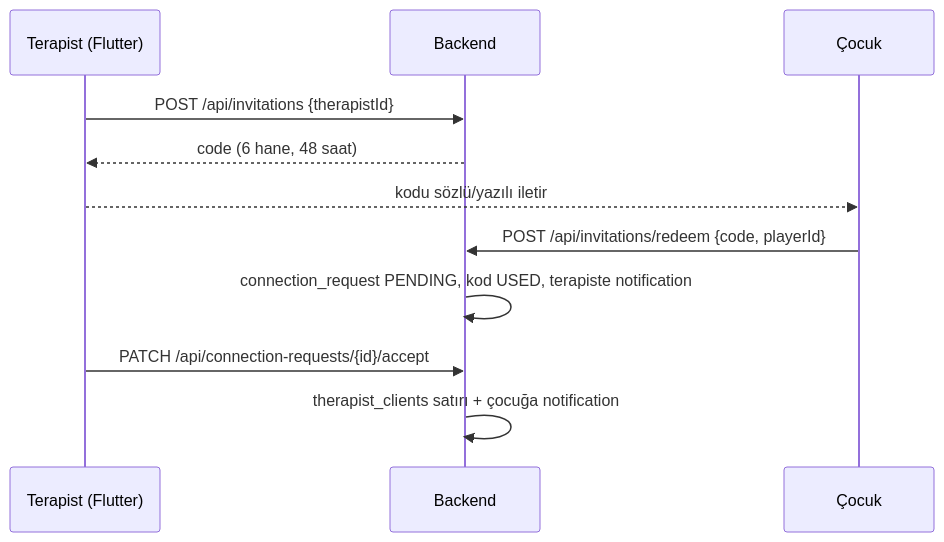
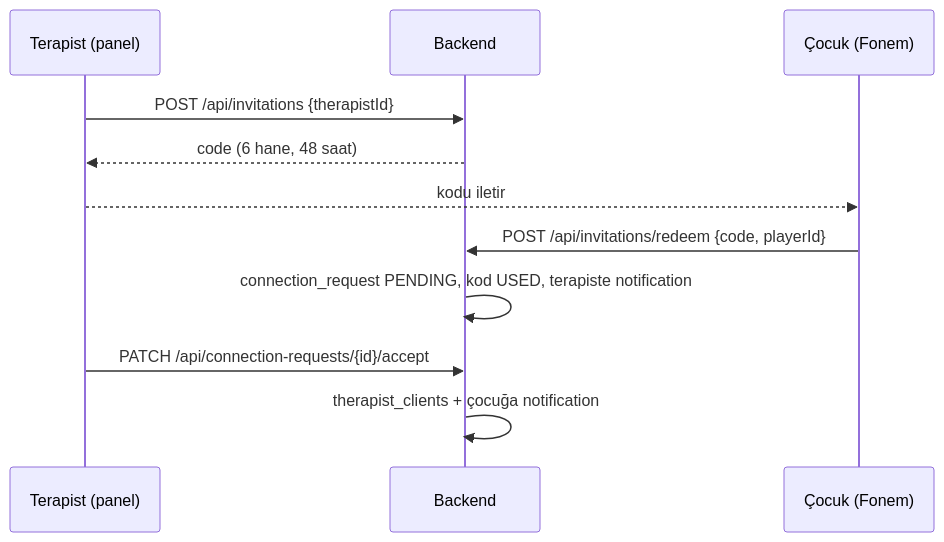
Before and after one commit to bitirmesel/GraduationProject: the fifth of 6 diagrams in ARCHITECTURE.md, drawn with Mermaid. The commit also changed other lines of this file and 1 other file, not shown here.

First line of the commit message:
Docs: Fonem ve terapist paneli mimariye eklendi, yol haritası yeniden düzenlendi (#2)

````diff
--- a/ARCHITECTURE.md
+++ b/ARCHITECTURE.md
@@ -457,13 +479,13 @@
 ```mermaid
 sequenceDiagram
-    participant T as Terapist (Flutter)
+    participant T as Terapist (panel)
     participant API as Backend
-    participant C as Çocuk
+    participant C as Çocuk (Fonem)
     T->>API: POST /api/invitations {therapistId}
     API-->>T: code (6 hane, 48 saat)
-    T-->>C: kodu sözlü/yazılı iletir
+    T-->>C: kodu iletir
     C->>API: POST /api/invitations/redeem {code, playerId}
     API->>API: connection_request PENDING, kod USED, terapiste notification
     T->>API: PATCH /api/connection-requests/{id}/accept
-    API->>API: therapist_clients satırı + çocuğa notification
+    API->>API: therapist_clients + çocuğa notification
 ```
````
